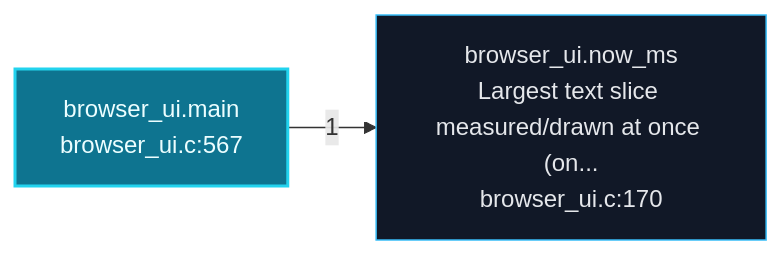
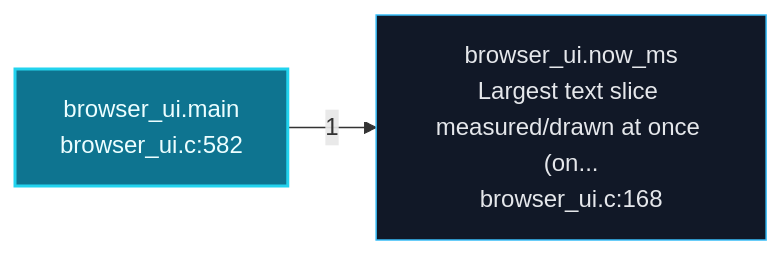
The second of 6 diagrams in readmenator-apidocs/architecture.md (grisuno/FreeDom), drawn with Mermaid before and after one commit. The commit also changed other lines of this file and 270 other files, not shown here.

````diff
--- a/readmenator-apidocs/architecture.md
+++ b/readmenator-apidocs/architecture.md
@@ -102,8 +101,8 @@
 ```mermaid
 flowchart LR
     classDef default fill:#111827,stroke:#38bdf8,color:#e5e7eb;
     classDef entry fill:#0e7490,stroke:#22d3ee,color:#ecfeff,stroke-width:2px;
-    n_gui_browser_ui_c__main["browser_ui.main<br/>browser_ui.c:567"]:::entry
-    n_gui_browser_ui_c__now_ms["browser_ui.now_ms<br/>Largest text slice measured/drawn at once (on...<br/>browser_ui.c:170"]:::default
+    n_gui_browser_ui_c__main["browser_ui.main<br/>browser_ui.c:582"]:::entry
+    n_gui_browser_ui_c__now_ms["browser_ui.now_ms<br/>Largest text slice measured/drawn at once (on...<br/>browser_ui.c:168"]:::default
     n_gui_browser_ui_c__main -->|"1"| n_gui_browser_ui_c__now_ms
 ```
````
